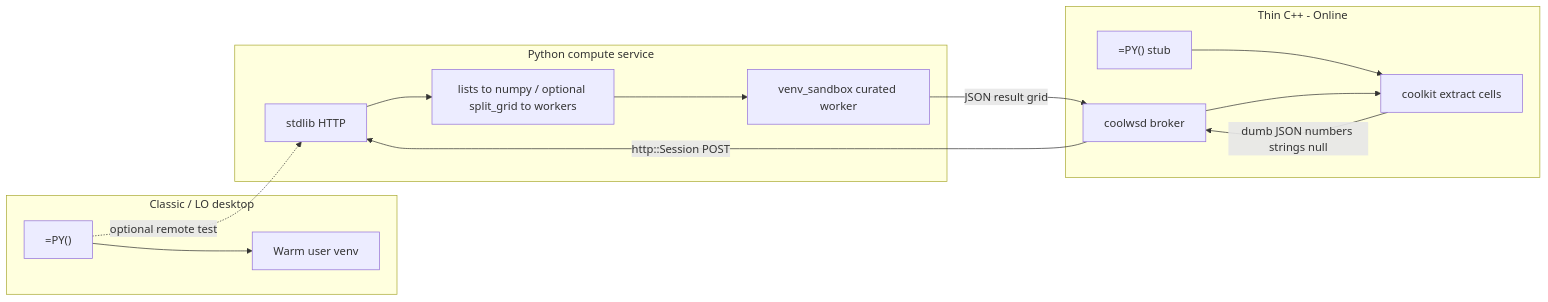
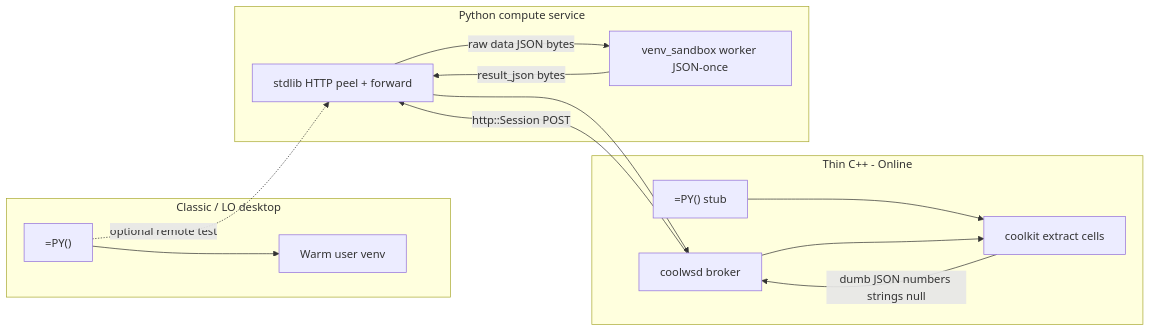
The diagram in docs/scripting/numpy-jailsafe.md (KeithCu/writeragent), drawn with Mermaid before and after one commit. The commit also changed other lines of this file and 8 other files, not shown here.

First line of the commit message:
Compute service: JSON-forward host proxy, keep LibrePy split_grid

````diff
--- a/docs/scripting/numpy-jailsafe.md
+++ b/docs/scripting/numpy-jailsafe.md
@@ -114,22 +114,21 @@
 ```mermaid
 flowchart LR
   subgraph classic [Classic / LO desktop]
     Calc1["=PY()"] --> LocalVenv["Warm user venv"]
   end
   subgraph cpp [Thin C++ - Online]
     PY["=PY() stub"]
     Kit[coolkit extract cells]
     Wsd[coolwsd broker]
   end
   subgraph py [Python compute service]
-    Http[stdlib HTTP]
-    Pack[lists to numpy / optional split_grid to workers]
-    Run[venv_sandbox curated worker]
+    Http[stdlib HTTP peel + forward]
+    Run[venv_sandbox worker JSON-once]
   end
   Calc1 -.->|optional remote test| Http
   PY --> Kit
   Kit -->|"dumb JSON numbers strings null"| Wsd
   Wsd -->|"http::Session POST"| Http
-  Http --> Pack --> Run
-  Run -->|JSON result grid| Wsd --> Kit
+  Http -->|"raw data JSON bytes"| Run
+  Run -->|"result_json bytes"| Http --> Wsd --> Kit
 ```
````
